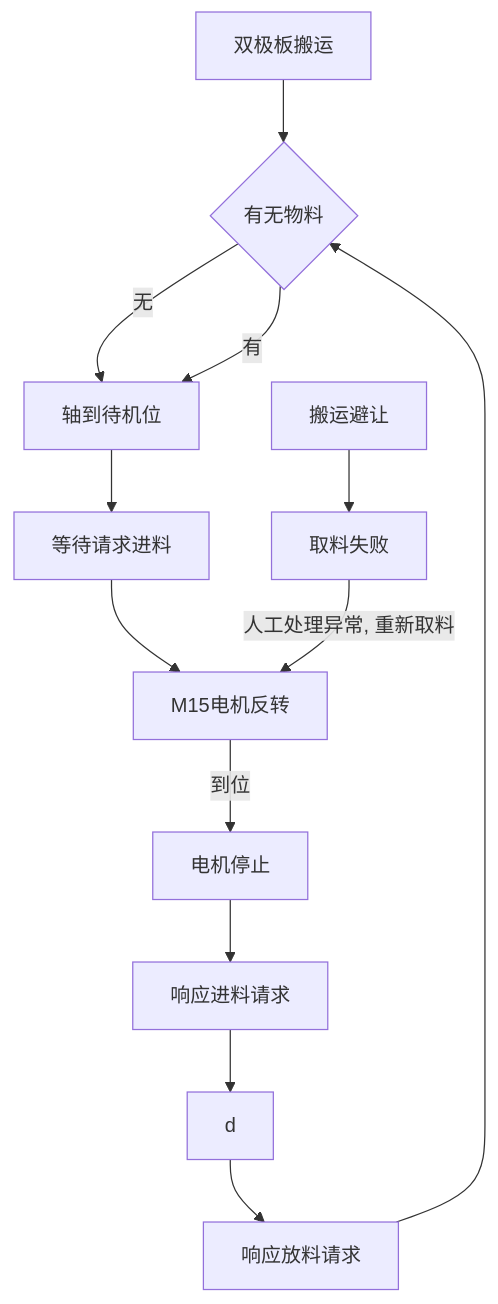
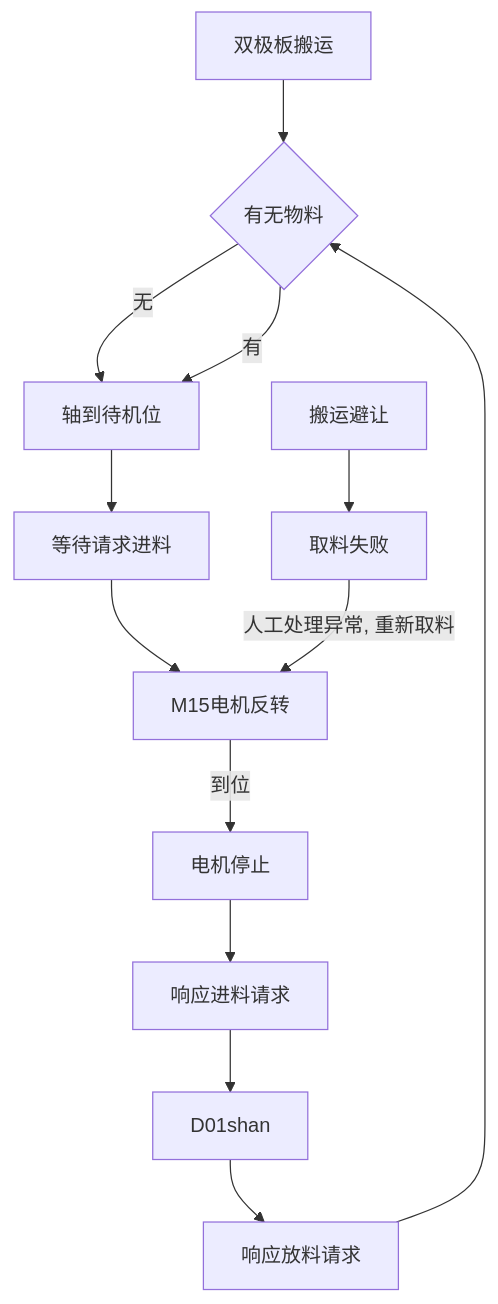
One commit to PengKun1/iodraw-files changed the diagram in all/未命名-1.md. Above: the diagram before and after it, drawn with Mermaid.

Commit message:
2024-08-20 11:03:16 update

````diff
--- a/all/未命名-1.md
+++ b/all/未命名-1.md
@@ -1,17 +1,17 @@
 ```mermaid
 graph TD
 0[双极板搬运]-->10
 10{有无物料}-->|无|20
 10-->|有|20
 20[轴到待机位]-->30
 30[等待请求进料]-->40
 40[M15电机反转]-->|到位|50
 50[电机停止]-->60
 60[响应进料请求]-->70
-70[d]-->80
+70[D01shan]-->80
 80[响应放料请求]-->10
 
 90[搬运避让]-->900
 
 900[取料失败]-->|人工处理异常, 重新取料|40
 ```
````
